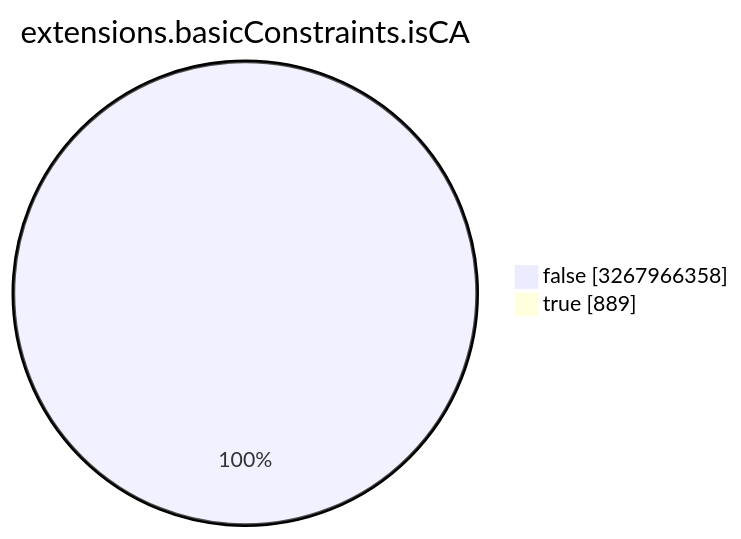
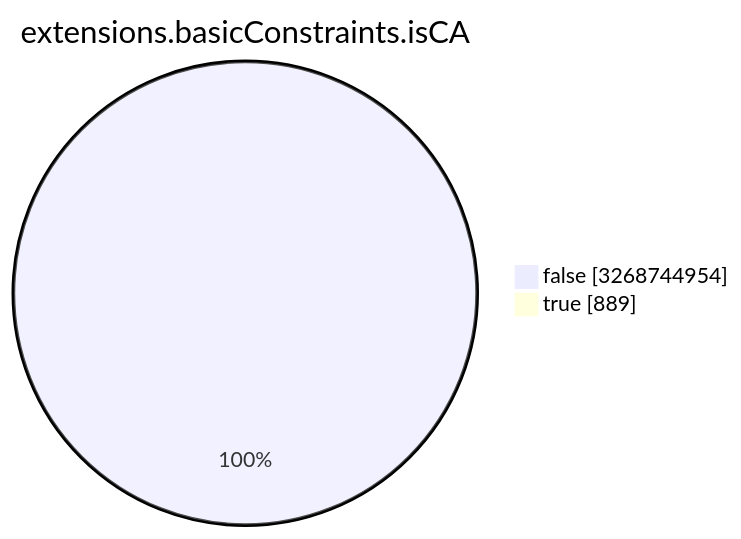
The seventh of 15 diagrams in TOTAL/README.md (christiankrug/ctmonitor_visualization), drawn with Mermaid before and after one commit. The commit also changed other lines of this file, not shown here.

````diff
--- a/TOTAL/README.md
+++ b/TOTAL/README.md
@@ -3089,6 +3089,6 @@
 ```mermaid
 pie showData
 title extensions.basicConstraints.isCA
-"false" :3267966358
+"false" :3268744954
 "true" :889
 ```
````
